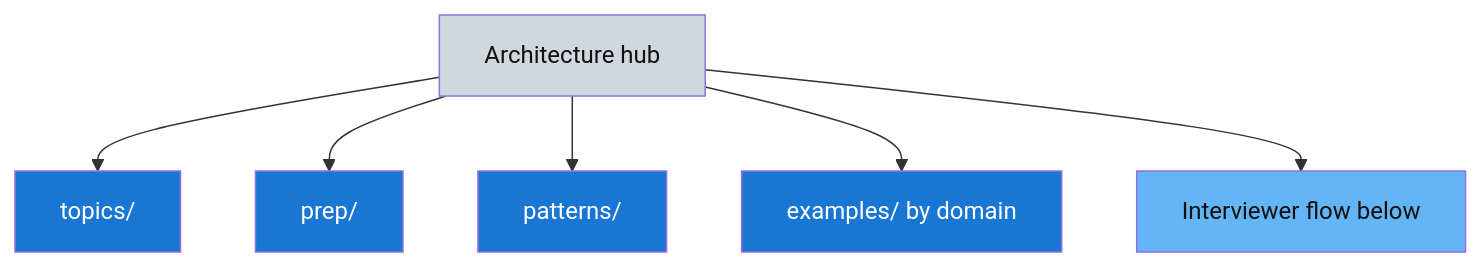
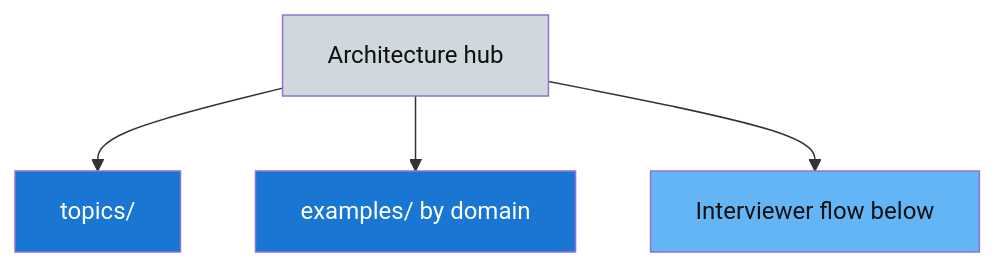
One commit to gardusig/interview changed the first of 2 diagrams in system-design/README.md. Above: the diagram before and after it, drawn with Mermaid. The commit also changed other lines of this file and 194 other files, not shown here.

````diff
--- a/system-design/README.md
+++ b/system-design/README.md
@@ -47,15 +47,13 @@
 ```mermaid
 flowchart TB
  classDef neutralM fill:#cfd8dc,color:#111
  classDef read1 fill:#1976d2,color:#fff
  classDef read2 fill:#64b5f6,color:#111
  hub["Architecture hub"]
  hub --> topics["topics/"]
- hub --> prep["prep/"]
- hub --> patterns["patterns/"]
  hub --> ex["examples/ by domain"]
  hub --> flow["Interviewer flow below"]
  class hub neutralM
- class topics,prep,patterns,ex read1
+ class topics,ex read1
  class flow read2
 ```
````
